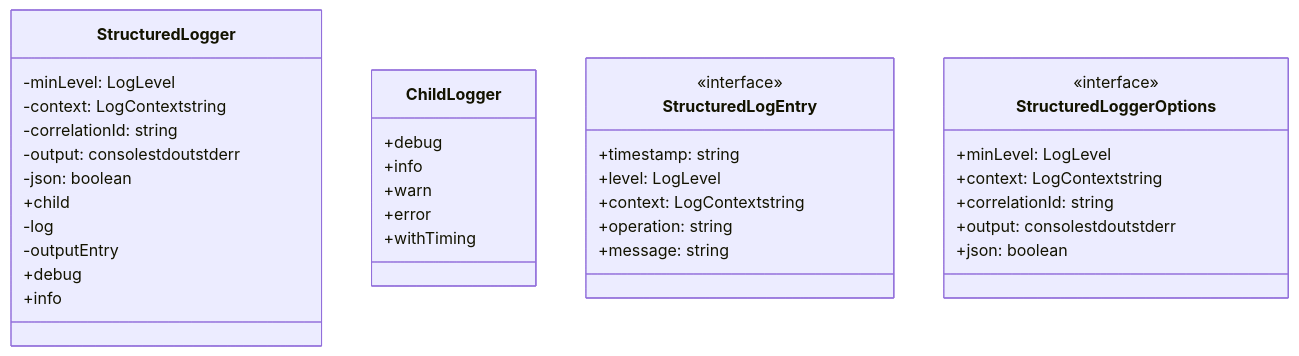
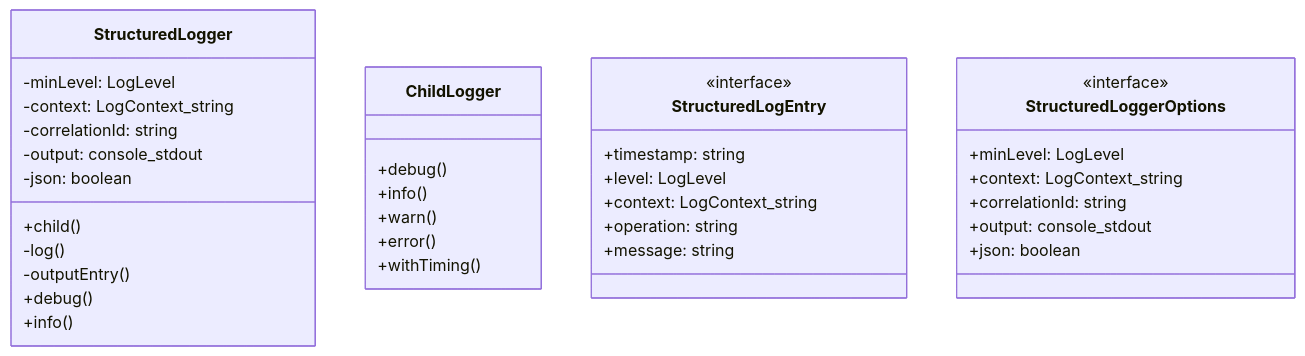
One commit to Mekann2904/mekann changed the first of 2 diagrams in ABDD/.pi/lib/structured-logger.md. Above: the diagram before and after it, drawn with Mermaid. The commit also changed other lines of this file and 174 other files, not shown here.

First line of the commit message:
fix(docs): ABDDのMermaid図生成エラーを修正する

````diff
--- a/ABDD/.pi/lib/structured-logger.md
+++ b/ABDD/.pi/lib/structured-logger.md
@@ -48,38 +48,38 @@
 ```mermaid
 classDiagram
   class StructuredLogger {
     -minLevel: LogLevel
-    -context: LogContextstring
+    -context: LogContext_string
     -correlationId: string
-    -output: consolestdoutstderr
+    -output: console_stdout
     -json: boolean
-    +child
-    -log
-    -outputEntry
-    +debug
-    +info
+    +child()
+    -log()
+    -outputEntry()
+    +debug()
+    +info()
   }
   class ChildLogger {
-    +debug
-    +info
-    +warn
-    +error
-    +withTiming
+    +debug()
+    +info()
+    +warn()
+    +error()
+    +withTiming()
   }
   class StructuredLogEntry {
     <<interface>>
     +timestamp: string
     +level: LogLevel
-    +context: LogContextstring
+    +context: LogContext_string
     +operation: string
     +message: string
   }
   class StructuredLoggerOptions {
     <<interface>>
     +minLevel: LogLevel
-    +context: LogContextstring
+    +context: LogContext_string
     +correlationId: string
-    +output: consolestdoutstderr
+    +output: console_stdout
     +json: boolean
   }
 ```
````
